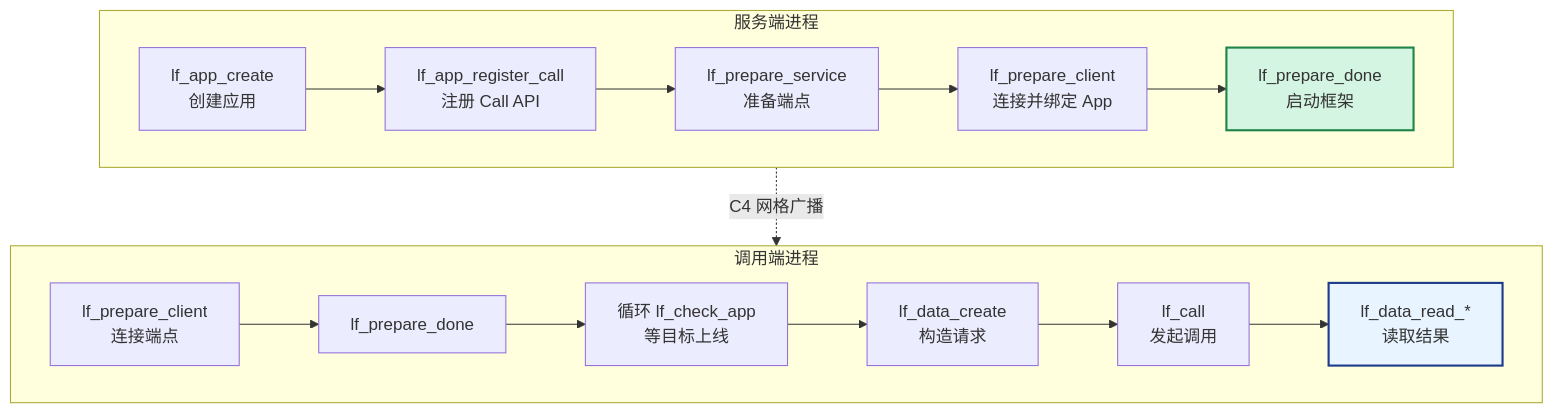
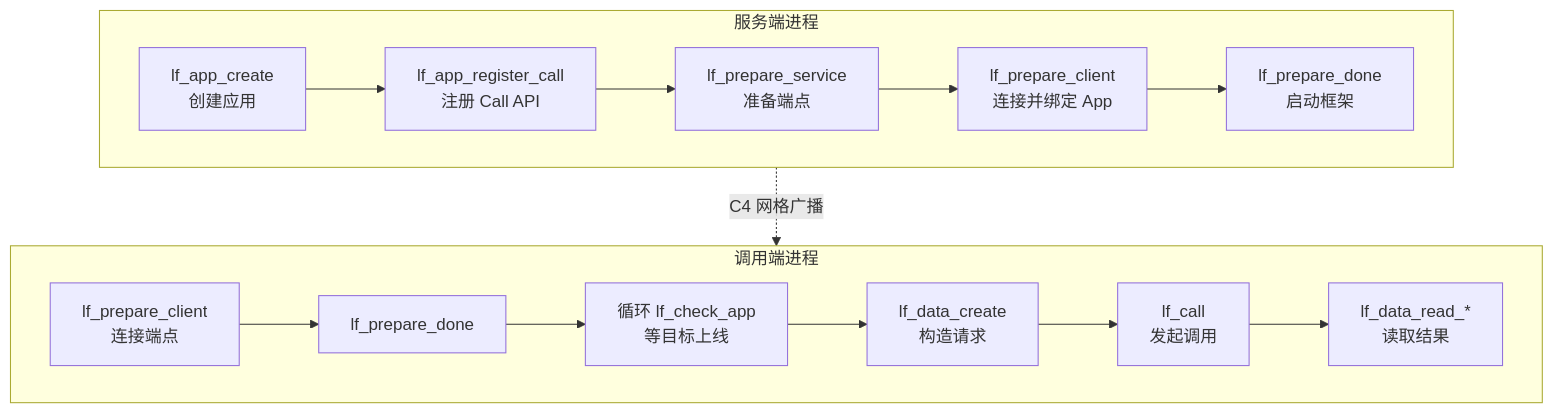
Diagram 13 of 19 in fortran/README.md (PassByYou888/LingoFuse), drawn with Mermaid before and after one commit. The commit also changed other lines of this file and 16 other files, not shown here.

````diff
--- a/fortran/README.md
+++ b/fortran/README.md
@@ -650,26 +982,23 @@
 ```mermaid
 flowchart TD
     subgraph Server["服务端进程"]
         S1["lf_app_create<br/>创建应用"]
         S2["lf_app_register_call<br/>注册 Call API"]
         S3["lf_prepare_service<br/>准备端点"]
         S4["lf_prepare_client<br/>连接并绑定 App"]
         S5["lf_prepare_done<br/>启动框架"]
         S1 --> S2 --> S3 --> S4 --> S5
     end
 
     subgraph Client["调用端进程"]
         C1["lf_prepare_client<br/>连接端点"]
         C2["lf_prepare_done"]
         C3["循环 lf_check_app<br/>等目标上线"]
         C4["lf_data_create<br/>构造请求"]
         C5["lf_call<br/>发起调用"]
         C6["lf_data_read_*<br/>读取结果"]
         C1 --> C2 --> C3 --> C4 --> C5 --> C6
     end
 
     Server -.->|"C4 网格广播"| Client
-
-    style S5 fill:#D5F5E3,stroke:#1E8449,stroke-width:2px
-    style C6 fill:#E8F4FF,stroke:#1E3A8A,stroke-width:2px
 ```
````
